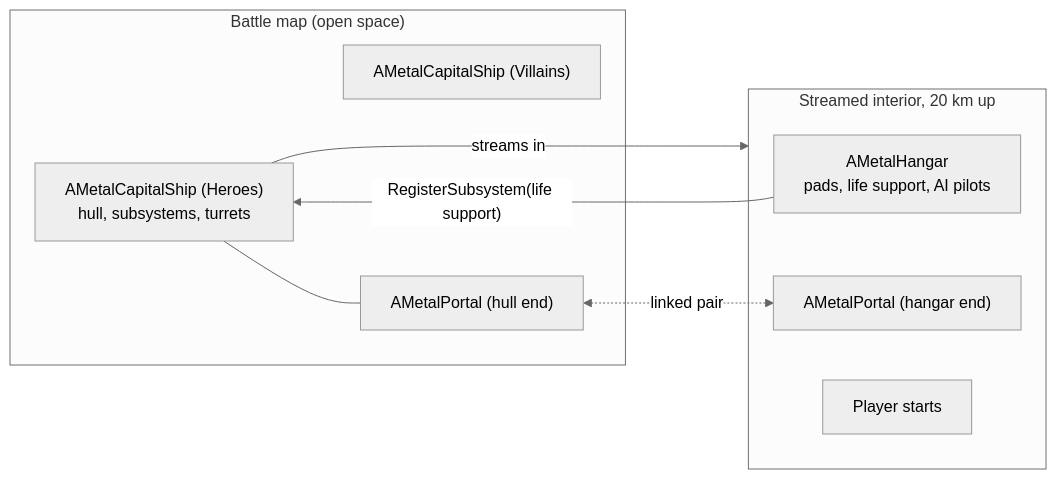
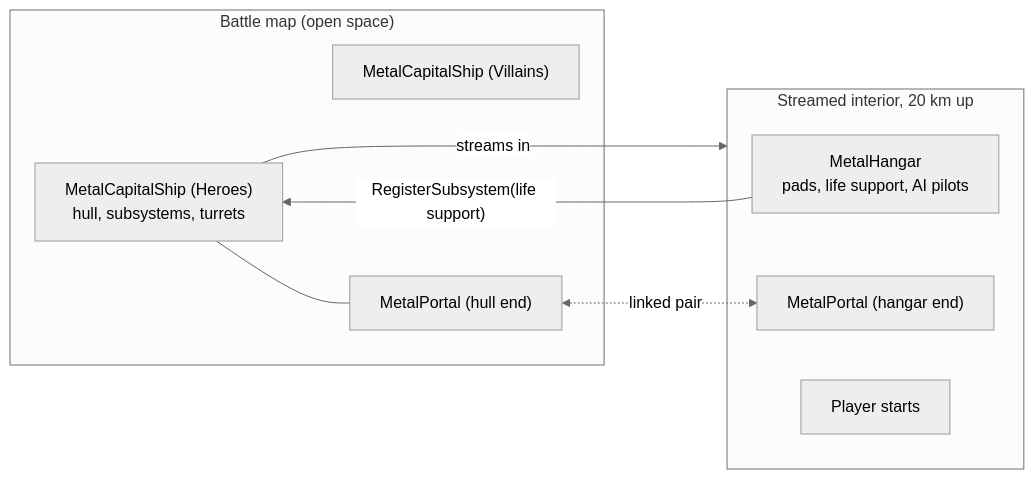
Before and after one commit to lcosti20/Metalization: the diagram in Docs/Systems/SpaceBattle.md, drawn with Mermaid (neutral theme). The commit also changed other lines of this file and 13 other files, not shown here.

````diff
--- a/Docs/Systems/SpaceBattle.md
+++ b/Docs/Systems/SpaceBattle.md
@@ -8,17 +10,17 @@
 ```mermaid
 flowchart LR
     subgraph Space["Battle map (open space)"]
-        ShipA["AMetalCapitalShip (Heroes)<br/>hull, subsystems, turrets"]
-        ShipB["AMetalCapitalShip (Villains)"]
-        OA["AMetalPortal (hull end)"]
+        ShipA["MetalCapitalShip (Heroes)<br/>hull, subsystems, turrets"]
+        ShipB["MetalCapitalShip (Villains)"]
+        OA["MetalPortal (hull end)"]
     end
     subgraph InteriorA["Streamed interior, 20 km up"]
-        HangarA["AMetalHangar<br/>pads, life support, AI pilots"]
-        IA["AMetalPortal (hangar end)"]
+        HangarA["MetalHangar<br/>pads, life support, AI pilots"]
+        IA["MetalPortal (hangar end)"]
         Starts["Player starts"]
     end
     ShipA -- "streams in" --> InteriorA
     ShipA --- OA
     OA <-. "linked pair" .-> IA
     HangarA -- "RegisterSubsystem(life support)" --> ShipA
 ```
````
